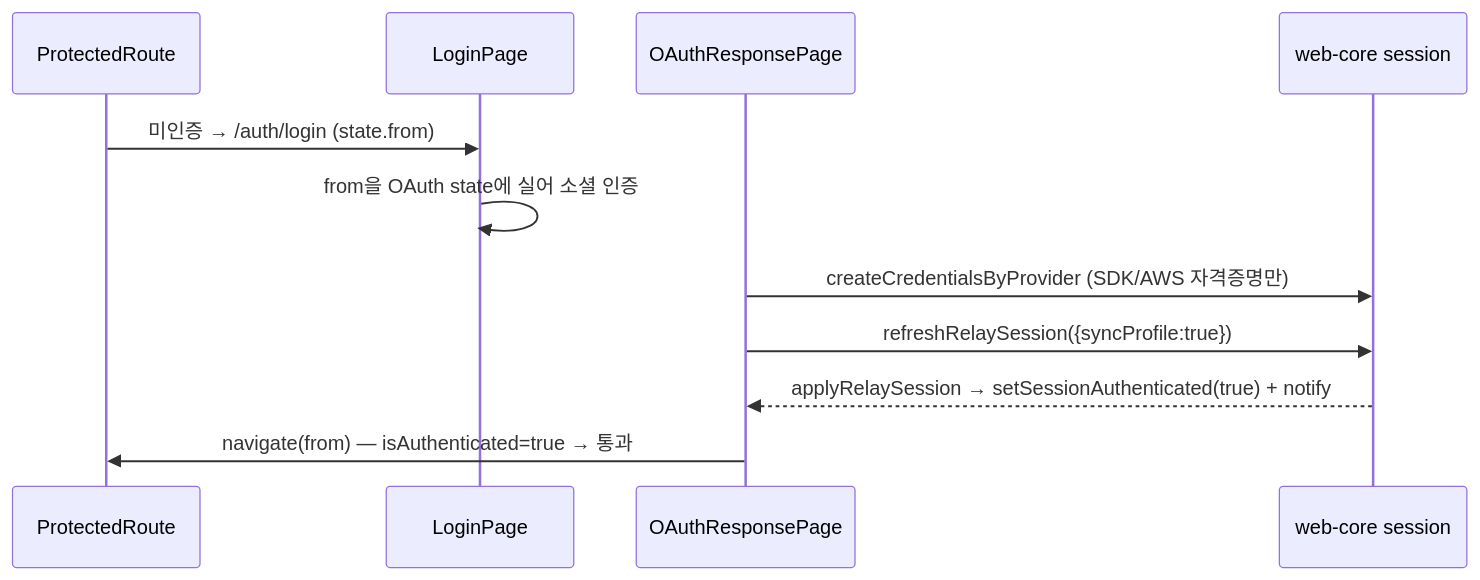
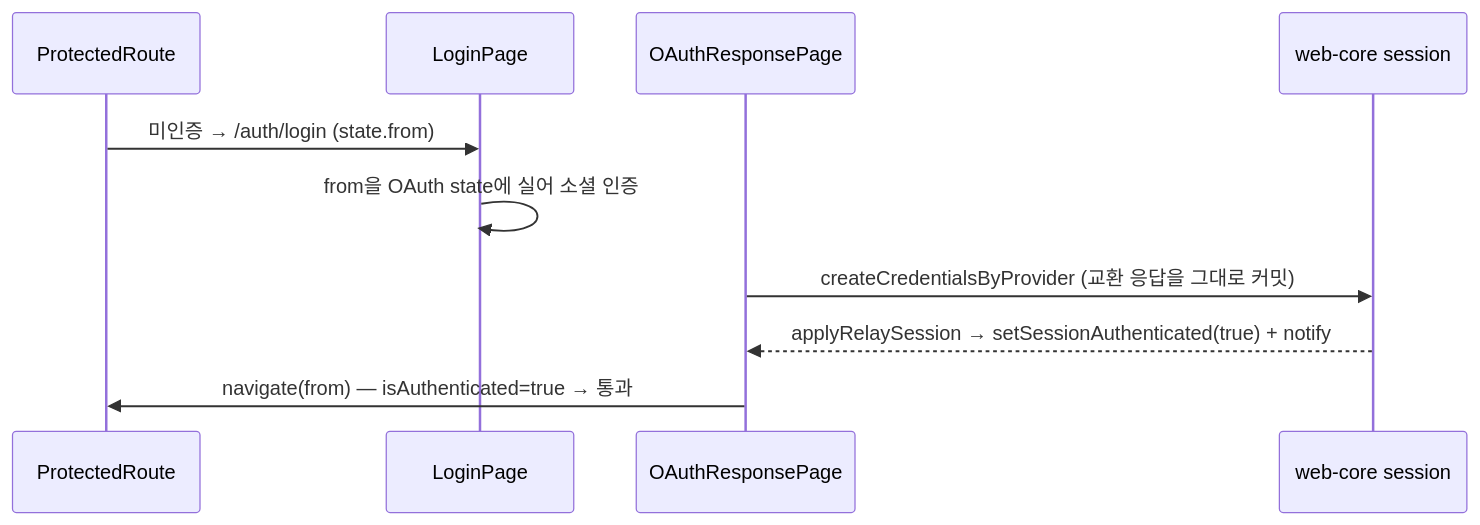
The first of 2 diagrams in apps/admin-v2/docs/specs/auth-session/spec.md (lemoncloud-io/dou-app), drawn with Mermaid before and after one commit. The commit also changed other lines of this file and 972 other files, not shown here.

````diff
--- a/apps/admin-v2/docs/specs/auth-session/spec.md
+++ b/apps/admin-v2/docs/specs/auth-session/spec.md
@@ -60,13 +62,12 @@
 ```mermaid
 sequenceDiagram
     participant P as ProtectedRoute
     participant L as LoginPage
     participant O as OAuthResponsePage
     participant W as web-core session
     P->>L: 미인증 → /auth/login (state.from)
     L->>L: from을 OAuth state에 실어 소셜 인증
-    O->>W: createCredentialsByProvider (SDK/AWS 자격증명만)
-    O->>W: refreshRelaySession({syncProfile:true})
+    O->>W: createCredentialsByProvider (교환 응답을 그대로 커밋)
     W-->>O: applyRelaySession → setSessionAuthenticated(true) + notify
     O->>P: navigate(from) — isAuthenticated=true → 통과
 ```
````
